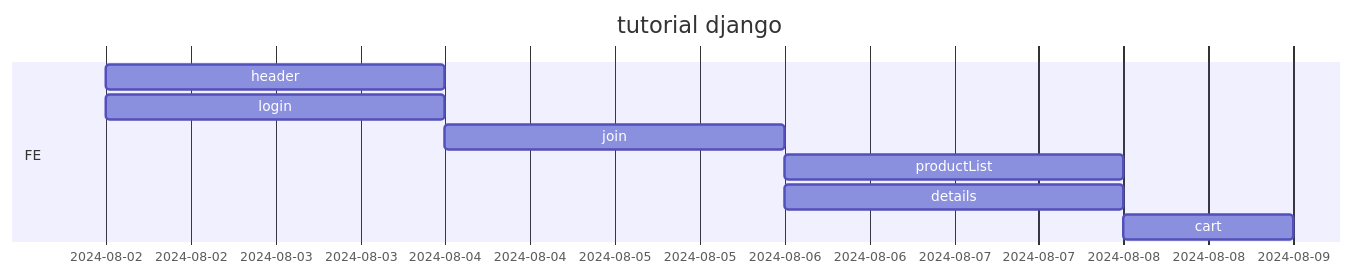
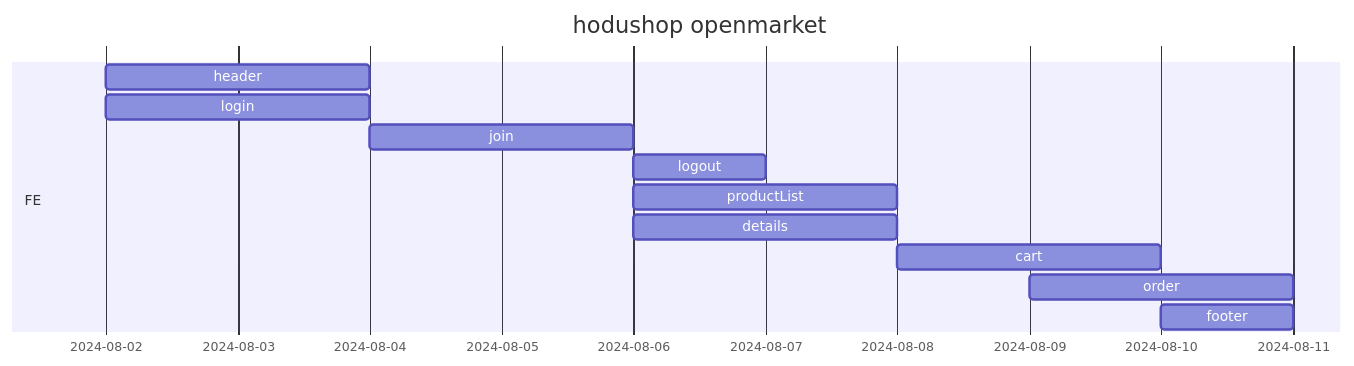
Diagram 12 of 12 in README.md (gustn1029/openMarket), drawn with Mermaid before and after one commit. The commit also changed other lines of this file and 6 other files, not shown here.

````diff
--- a/README.md
+++ b/README.md
@@ -78,12 +250,15 @@
 ```mermaid
 gantt
-    title tutorial django
+    title hodushop openmarket
     dateFormat YY-MM-DD
     section FE
         header    :2024-08-02, 2d
         login    :2024-08-02, 2d
         join     :2024-08-04, 2d
+        logout     :2024-08-06, 1d
         productList     :2024-08-06, 2d
         details     :2024-08-06, 2d
-        cart     :2024-08-08, 1d
+        cart     :2024-08-08, 2d
+        order     :2024-08-09, 2d
+        footer     :2024-08-10, 1d
 ```
````
